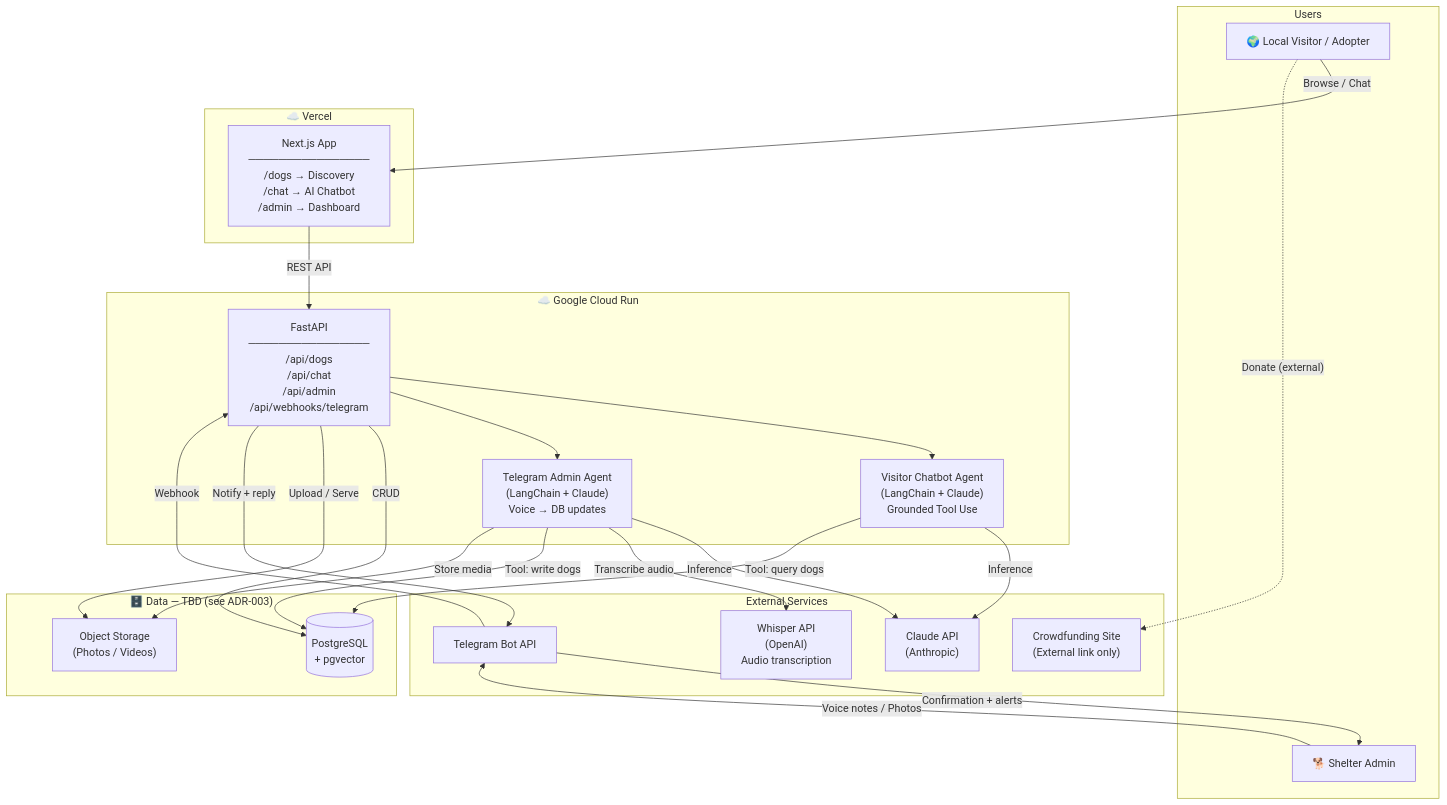
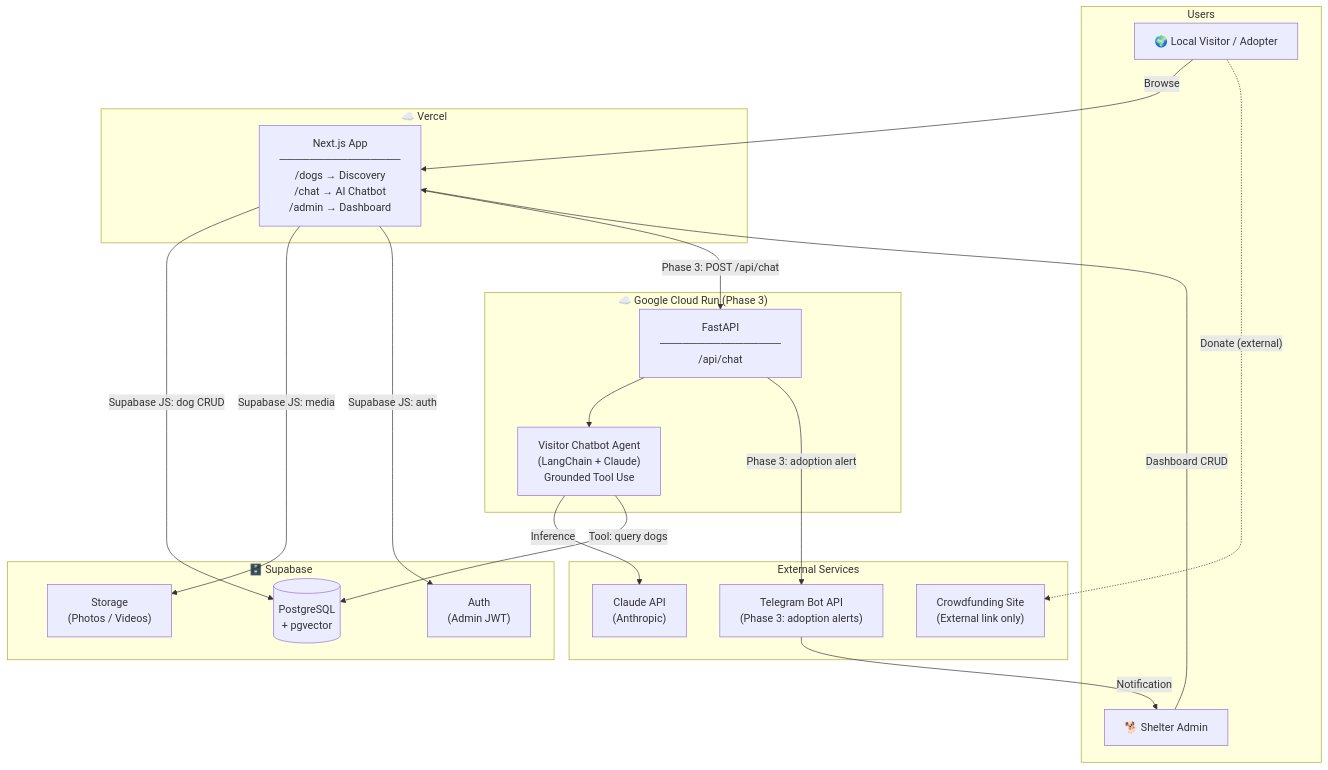
One commit to guirau/Doggies changed the diagram in docs/architecture/system-overview.md. Above: the diagram before and after it, drawn with Mermaid. The commit also changed other lines of this file and 6 other files, not shown here.

````diff
--- a/docs/architecture/system-overview.md
+++ b/docs/architecture/system-overview.md
@@ -41,47 +71,41 @@
 ```mermaid
 graph TD
     subgraph users["Users"]
         Visitor["🌍 Local Visitor / Adopter"]
         Admin["🐕 Shelter Admin"]
     end
 
     subgraph vercel["☁️ Vercel"]
         NextApp["Next.js App\n────────────────\n/dogs  → Discovery\n/chat  → AI Chatbot\n/admin → Dashboard"]
     end
 
-    subgraph cloudrun["☁️ Google Cloud Run"]
-        FastAPI["FastAPI\n────────────────\n/api/dogs\n/api/chat\n/api/admin\n/api/webhooks/telegram"]
+    subgraph cloudrun["☁️ Google Cloud Run (Phase 3)"]
+        FastAPI["FastAPI\n────────────────\n/api/chat"]
         VisitorAgent["Visitor Chatbot Agent\n(LangChain + Claude)\nGrounded Tool Use"]
-        AdminAgent["Telegram Admin Agent\n(LangChain + Claude)\nVoice → DB updates"]
         FastAPI --> VisitorAgent
-        FastAPI --> AdminAgent
     end
 
-    subgraph datastore["🗄️ Data — TBD (see ADR-003)"]
+    subgraph supabase["🗄️ Supabase"]
         PG[("PostgreSQL\n+ pgvector")]
-        MediaStore["Object Storage\n(Photos / Videos)"]
+        SupaStorage["Storage\n(Photos / Videos)"]
+        SupaAuth["Auth\n(Admin JWT)"]
     end
 
     subgraph external["External Services"]
         ClaudeAPI["Claude API\n(Anthropic)"]
-        Whisper["Whisper API\n(OpenAI)\nAudio transcription"]
-        TelegramAPI["Telegram Bot API"]
+        TelegramAPI["Telegram Bot API\n(Phase 3: adoption alerts)"]
         Crowdfund["Crowdfunding Site\n(External link only)"]
     end
 
-    Visitor -->|Browse / Chat| NextApp
-    Admin -->|Voice notes / Photos| TelegramAPI
-    NextApp -->|REST API| FastAPI
-    TelegramAPI -->|Webhook| FastAPI
-    FastAPI -->|CRUD| PG
-    FastAPI -->|Upload / Serve| MediaStore
+    Visitor -->|Browse| NextApp
+    Admin -->|Dashboard CRUD| NextApp
+    NextApp -->|Supabase JS: dog CRUD| PG
+    NextApp -->|Supabase JS: media| SupaStorage
+    NextApp -->|Supabase JS: auth| SupaAuth
+    NextApp -->|Phase 3: POST /api/chat| FastAPI
     VisitorAgent -->|Inference| ClaudeAPI
     VisitorAgent -->|Tool: query dogs| PG
-    AdminAgent -->|Inference| ClaudeAPI
-    AdminAgent -->|Transcribe audio| Whisper
-    AdminAgent -->|Tool: write dogs| PG
-    AdminAgent -->|Store media| MediaStore
-    FastAPI -->|Notify + reply| TelegramAPI
-    TelegramAPI -->|Confirmation + alerts| Admin
+    FastAPI -->|Phase 3: adoption alert| TelegramAPI
+    TelegramAPI -->|Notification| Admin
     Visitor -. "Donate (external)" .-> Crowdfund
 ```
````
